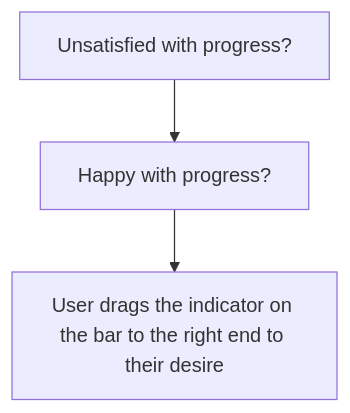
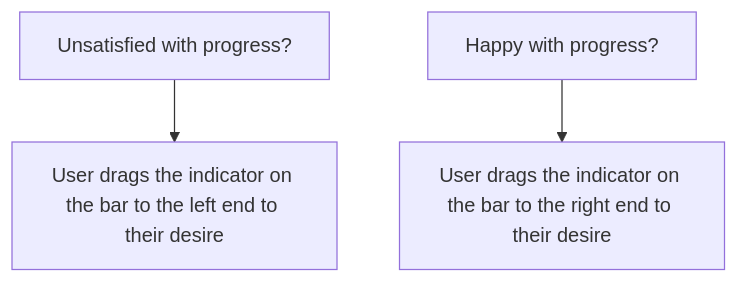
The diagram in team/m3/nicole-dsouza/feature-sequence-diagram.md (tannneer/CS326-GroupProject), drawn with Mermaid before and after one commit.

````diff
--- a/team/m3/nicole-dsouza/feature-sequence-diagram.md
+++ b/team/m3/nicole-dsouza/feature-sequence-diagram.md
@@ -6,5 +6,5 @@
 ```mermaid
 flowchart TD;
     A[Unsatisfied with progress?] --> B[User drags the indicator on the bar to the left end to their desire];
-    B[Happy with progress?] --> E[User drags the indicator on the bar to the right end to their desire];
+    C[Happy with progress?] --> D[User drags the indicator on the bar to the right end to their desire];
 ```
````
